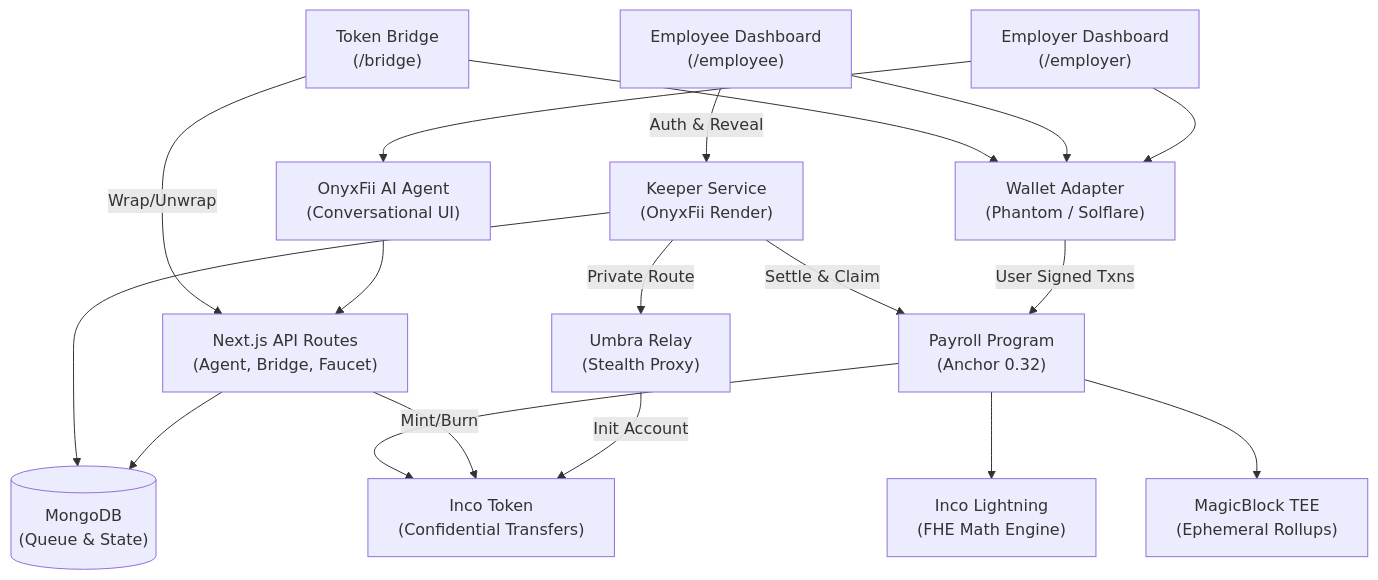
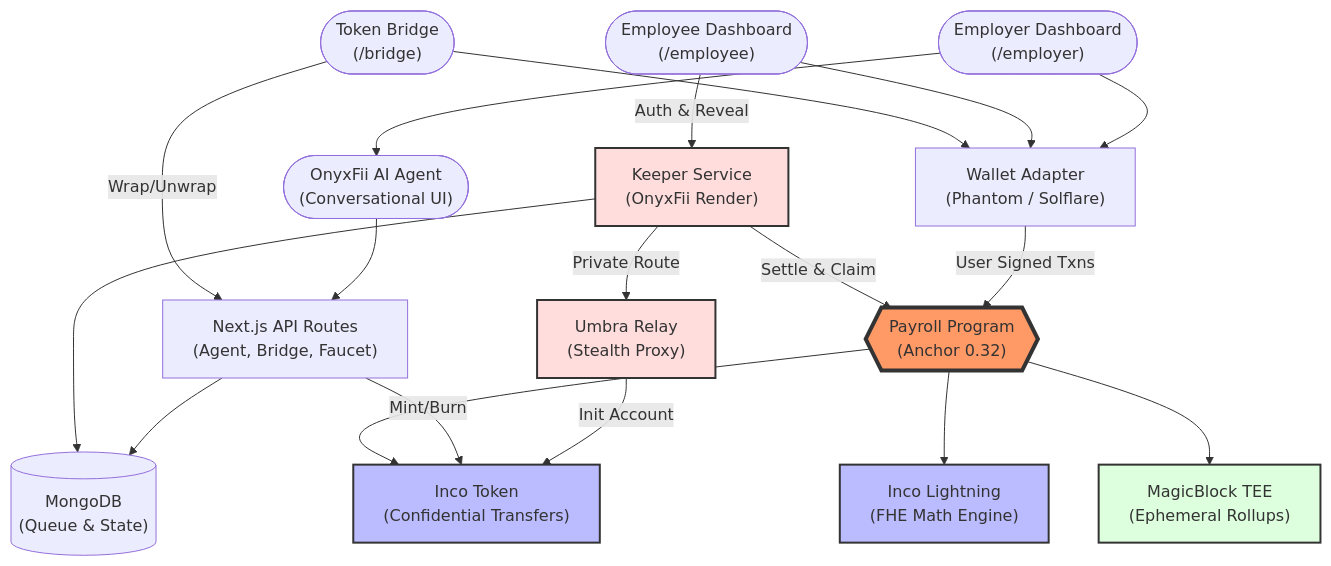
Before and after one commit to shumhn/Expensee: the first of 10 diagrams in README.md, drawn with Mermaid. The commit also changed other lines of this file, not shown here.

Commit message:
docs: premium design polish and final architecture audit

````diff
--- a/README.md
+++ b/README.md
@@ -80,49 +80,44 @@
 ```mermaid
 flowchart TB
-    %% 1. FRONTEND LAYER
-    EMPLOYER["Employer Dashboard\n(/employer)"]
-    EMPLOYEE["Employee Dashboard\n(/employee)"]
-    BRIDGE_UI["Token Bridge\n(/bridge)"]
-    
-    %% 2. AGENT & WALLET LAYER
-    AGENT["OnyxFii AI Agent\n(Conversational UI)"]
+    %% Nodes
+    EMPLOYER(["Employer Dashboard\n(/employer)"])
+    EMPLOYEE(["Employee Dashboard\n(/employee)"])
+    BRIDGE_UI(["Token Bridge\n(/bridge)"])
+    AGENT(["OnyxFii AI Agent\n(Conversational UI)"])
     WALLET["Wallet Adapter\n(Phantom / Solflare)"]
-    
+    APIS["Next.js API Routes\n(Agent, Bridge, Faucet)"]
+    KEEPER["Keeper Service\n(OnyxFii Render)"]
+    MONGO[("MongoDB\n(Queue & State)")]
+    RELAY["Umbra Relay\n(Stealth Proxy)"]
+    PAYROLL{{"Payroll Program\n(Anchor 0.32)"}}
+    INCO_T["Inco Token\n(Confidential Transfers)"]
+    INCO_L["Inco Lightning\n(FHE Math Engine)"]
+    MAGIC["MagicBlock TEE\n(Ephemeral Rollups)"]
+
+    %% Connections
     EMPLOYER --> AGENT
     EMPLOYER --> WALLET
     EMPLOYEE --> WALLET
     BRIDGE_UI --> WALLET
-
-    %% 3. API LAYER
-    APIS["Next.js API Routes\n(Agent, Bridge, Faucet)"]
     AGENT --> APIS
     BRIDGE_UI -->|"Wrap/Unwrap"| APIS
-    
-    %% 4. BACKEND AUTOMATION LAYER
-    KEEPER["Keeper Service\n(OnyxFii Render)"]
     EMPLOYEE -->|"Auth & Reveal"| KEEPER
-
-    %% 5. STORAGE & ROUTING LAYER
-    MONGO[("MongoDB\n(Queue & State)")]
-    RELAY["Umbra Relay\n(Stealth Proxy)"]
-    
     APIS --> MONGO
     KEEPER --> MONGO
     KEEPER -->|"Private Route"| RELAY
-
-    %% 6. ON-CHAIN LAYER
-    PAYROLL["Payroll Program\n(Anchor 0.32)"]
     WALLET -->|"User Signed Txns"| PAYROLL
     KEEPER -->|"Settle & Claim"| PAYROLL
-
-    %% 7. PROTOCOL DEPENDENCIES
-    INCO_T["Inco Token\n(Confidential Transfers)"]
-    INCO_L["Inco Lightning\n(FHE Math Engine)"]
-    MAGIC["MagicBlock TEE\n(Ephemeral Rollups)"]
-
     RELAY -->|"Init Account"| INCO_T
     APIS -->|"Mint/Burn"| INCO_T
     PAYROLL --> INCO_T
     PAYROLL --> INCO_L
     PAYROLL --> MAGIC
+
+    %% Styles
+    style PAYROLL fill:#f96,stroke:#333,stroke-width:4px
+    style INCO_L fill:#bbf,stroke:#333,stroke-width:2px
+    style INCO_T fill:#bbf,stroke:#333,stroke-width:2px
+    style MAGIC fill:#dfd,stroke:#333,stroke-width:2px
+    style KEEPER fill:#fdd,stroke:#333,stroke-width:2px
+    style RELAY fill:#fdd,stroke:#333,stroke-width:2px
 ```
````
